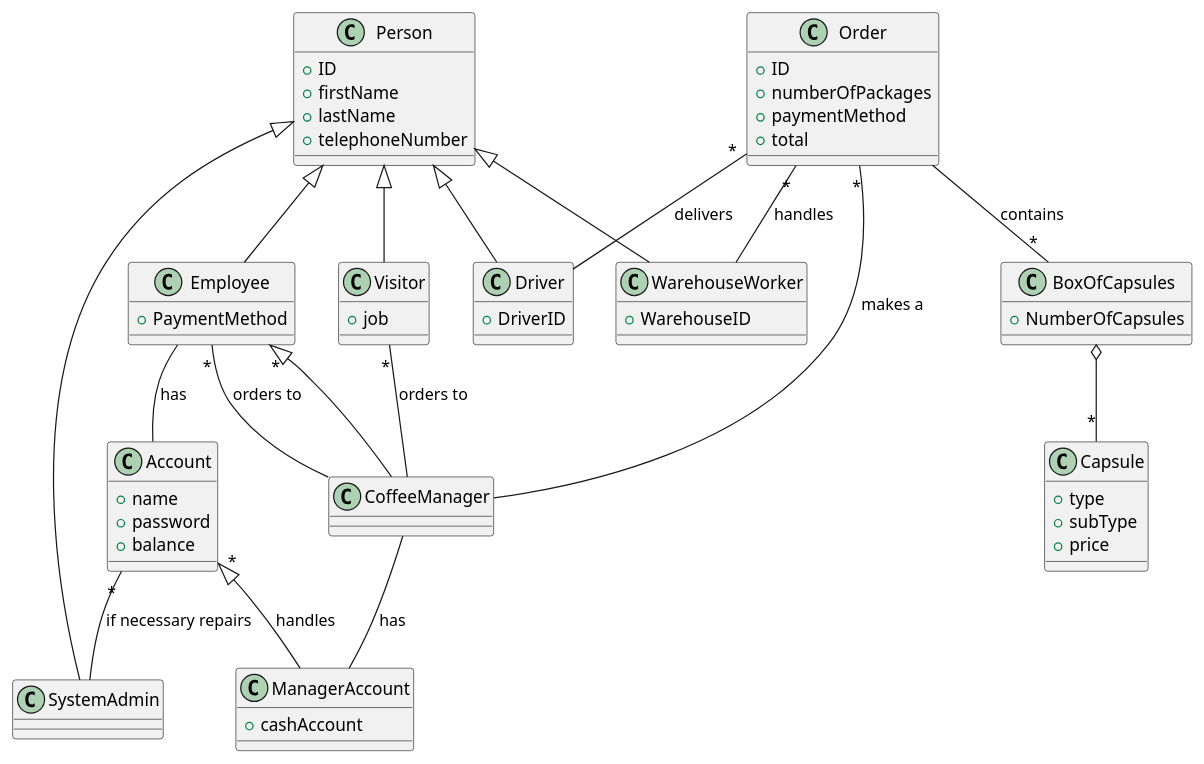
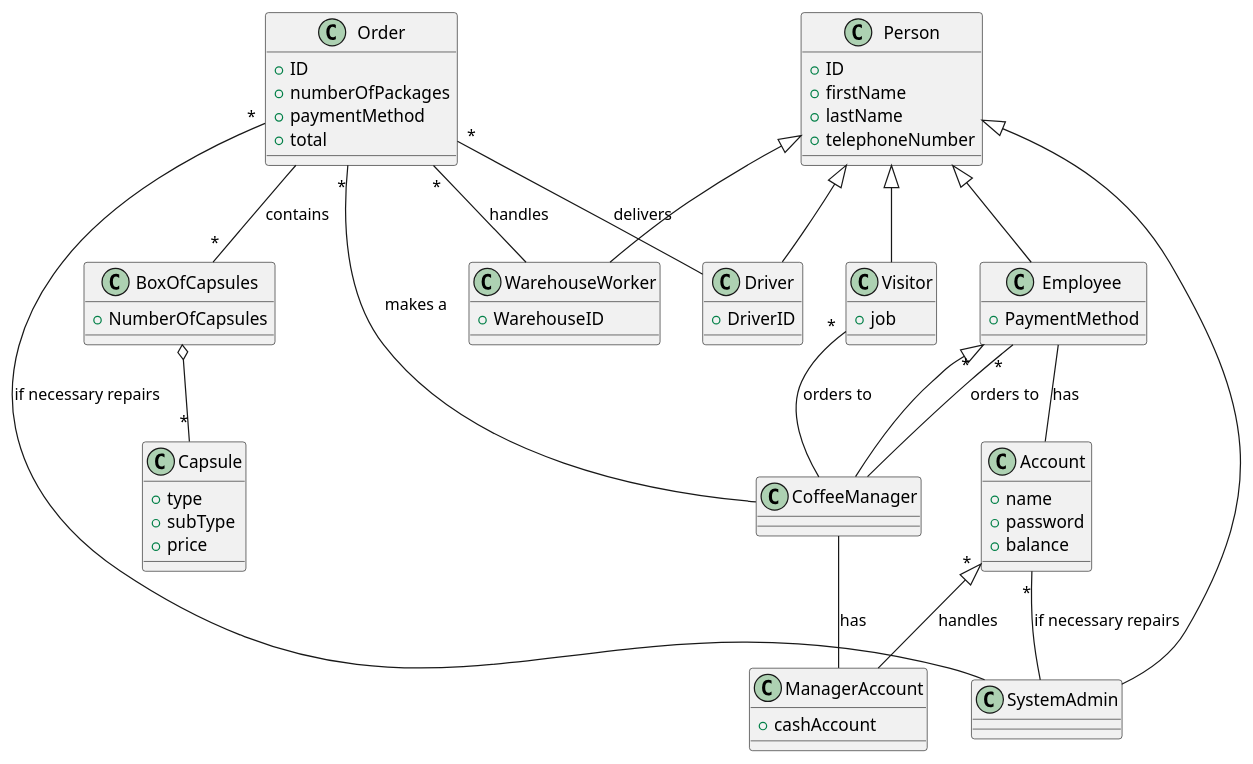
The third of 4 diagrams in templates/RequirementsTemplate.md (salvatore-dimartino/LaTazza), drawn with PlantUML before and after one commit.

```diff
--- a/templates/RequirementsTemplate.md
+++ b/templates/RequirementsTemplate.md
@@ -564,6 +564,7 @@
     
 }
 
+Order "*" -- SystemAdmin :if necessary repairs
 Account "*" -- SystemAdmin :if necessary repairs
 Order "*" -- WarehouseWorker :handles
 Order "*" -- Driver :delivers
```
